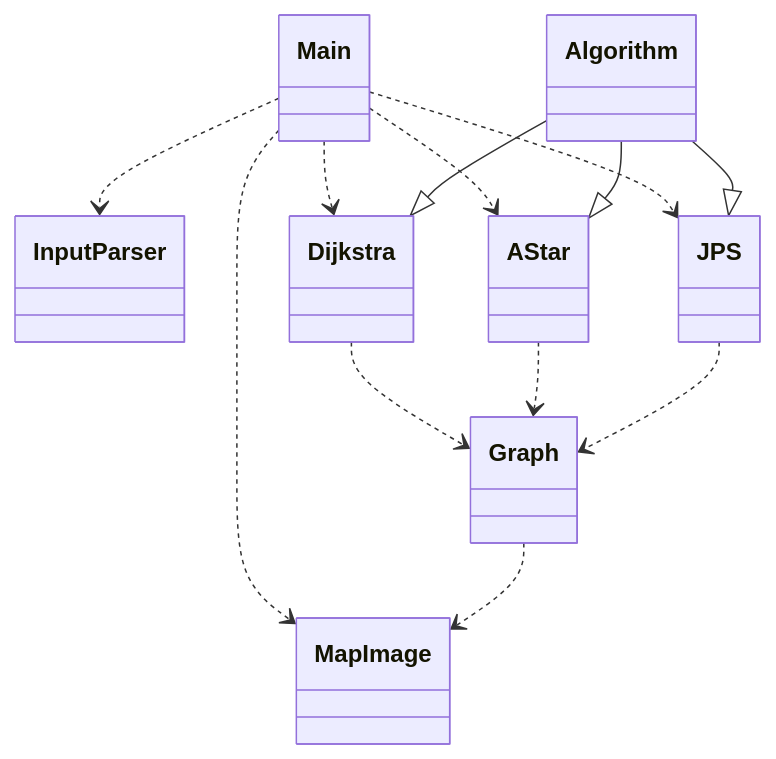
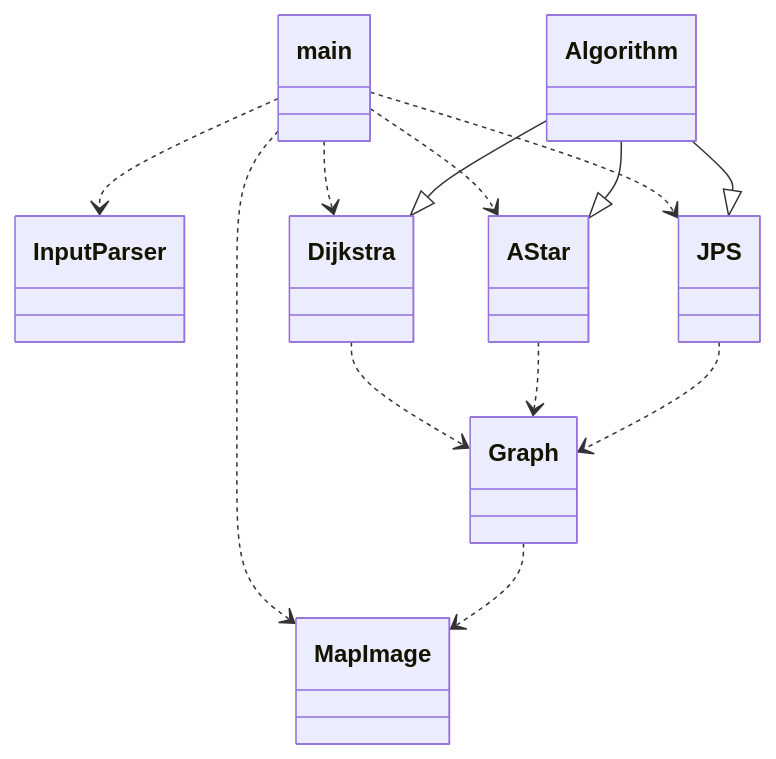
The diagram in documentation/implementation.md (antonlep/shortest-path), drawn with Mermaid before and after one commit.

````diff
--- a/documentation/implementation.md
+++ b/documentation/implementation.md
@@ -3,31 +3,31 @@
 ```mermaid
  classDiagram
-      Main ..> InputParser
-      Main ..> Dijkstra
-      Main ..> AStar
-      Main ..> JPS
-      Main ..> MapImage
+      main ..> InputParser
+      main ..> Dijkstra
+      main ..> AStar
+      main ..> JPS
+      main ..> MapImage
       Dijkstra ..> Graph
       AStar ..> Graph
       JPS ..> Graph
       Graph ..> MapImage
       Algorithm --|> Dijkstra
       Algorithm --|> AStar
       Algorithm --|> JPS
-      class Main{
+      class main{
       }
       class InputParser{
       }
       class Algorithm{
       }
       class MapImage{
       }
       class Graph{
       }
       class Dijkstra{
       }
       class AStar{
       }
       class JPS{
       }
 ```
````
